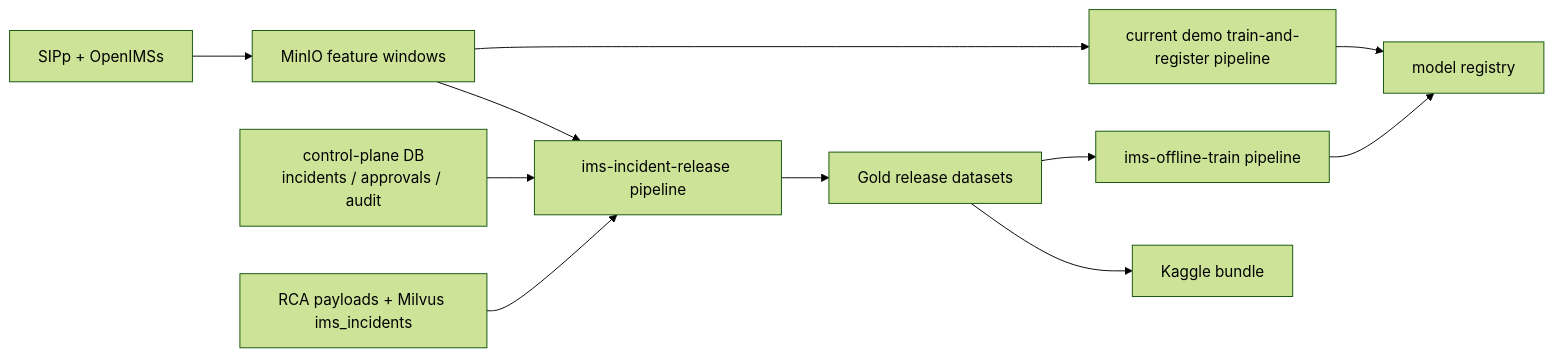
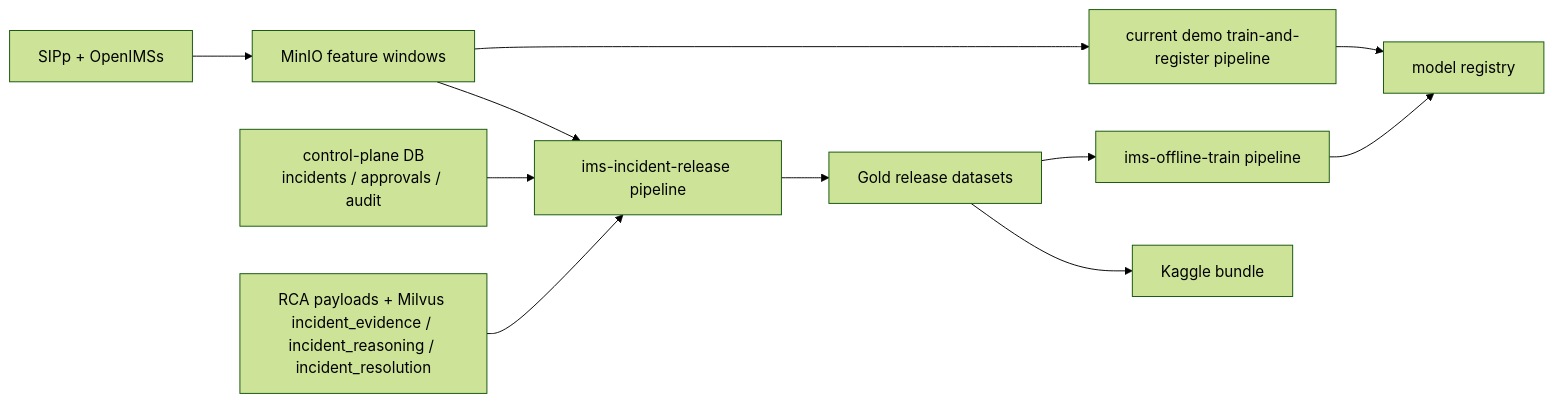
Before and after one commit to rh-telco-tigers/Autonomous-Network-Intelligence-Anomaly-Detection-with-Red-Hat-OpenShift-AI: the diagram in docs/architecture/data-generation.md, drawn with Mermaid (forest theme). The commit also changed other lines of this file and 72 other files, not shown here.

````diff
--- a/docs/architecture/data-generation.md
+++ b/docs/architecture/data-generation.md
@@ -44,26 +44,26 @@
 ```mermaid
 flowchart LR
   SIPP["SIPp + OpenIMSs"]
   MinIO["MinIO feature windows"]
   CPDB["control-plane DB<br/>incidents / approvals / audit"]
-  RCA["RCA payloads + Milvus ims_incidents"]
+  RCA["RCA payloads + Milvus incident_evidence / incident_reasoning / incident_resolution"]
   Release["ims-incident-release pipeline"]
   Gold["Gold release datasets"]
   Kaggle["Kaggle bundle"]
   Offline["ims-offline-train pipeline"]
   Registry["model registry"]
   Demo["current demo train-and-register pipeline"]
 
   SIPP --> MinIO
   MinIO --> Release
   CPDB --> Release
   RCA --> Release
 
   Release --> Gold
   Gold --> Kaggle
   Gold --> Offline
   Offline --> Registry
 
   MinIO --> Demo
   Demo --> Registry
 ```
````
